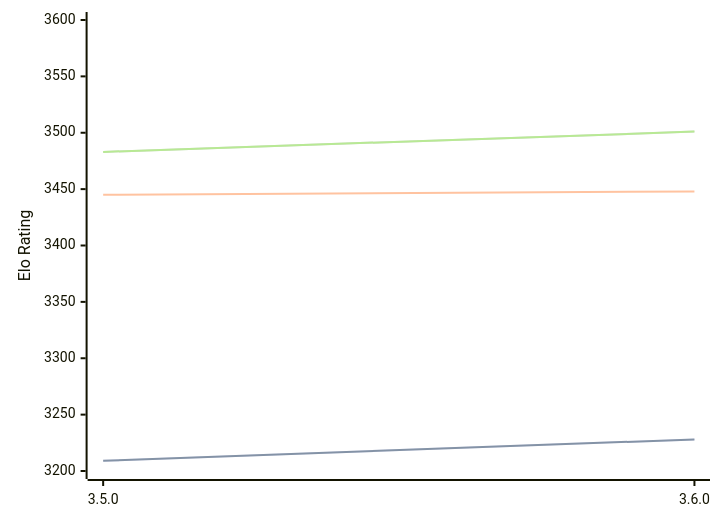
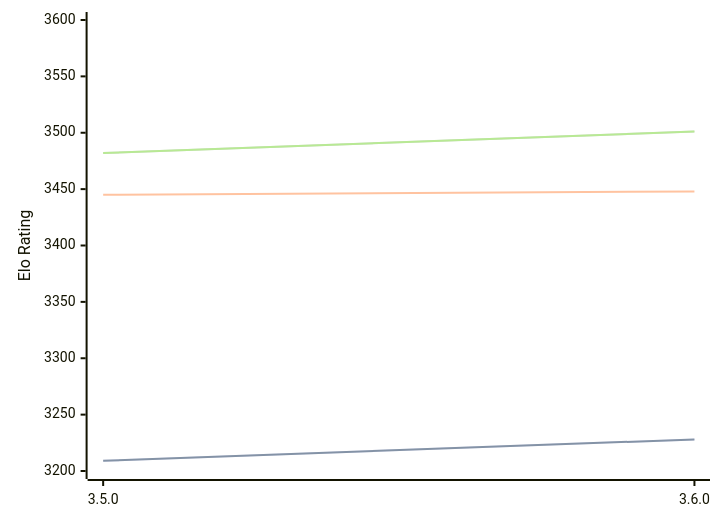
Before and after one commit to computer-chess-index/cci: the diagram in engines/Igel.md, drawn with Mermaid. The commit also changed other lines of this file, not shown here.

Commit message:
Update CCI Ratings (ELO VLTC) - 2026-03-03

````diff
--- a/engines/Igel.md
+++ b/engines/Igel.md
@@ -66,11 +66,11 @@
 ```mermaid
 %%{init: {"theme":"base","themeVariables":{"seriesColors:['#a3a3a3','#222221','#faa371']}}}%%
 xychart-beta
   x-axis ["3.5.0", "3.6.0"]
   y-axis "Elo Rating" 3200 --> 3600
   line "STC (8.0+0.08s)" [3209, 3228]
   line "STC (8.0+0.08s)" [3209, 3228]
   line "LTC (60.0+0.60s)" [3445, 3448]
-  line "VLTC (2m24s+1.12s)" [3483, 3501]
-  line "VLTC (2m24s+1.12s)" [3483, 3501]
+  line "VLTC (2m24s+1.12s)" [3482, 3501]
+  line "VLTC (2m24s+1.12s)" [3482, 3501]
 ```
````
